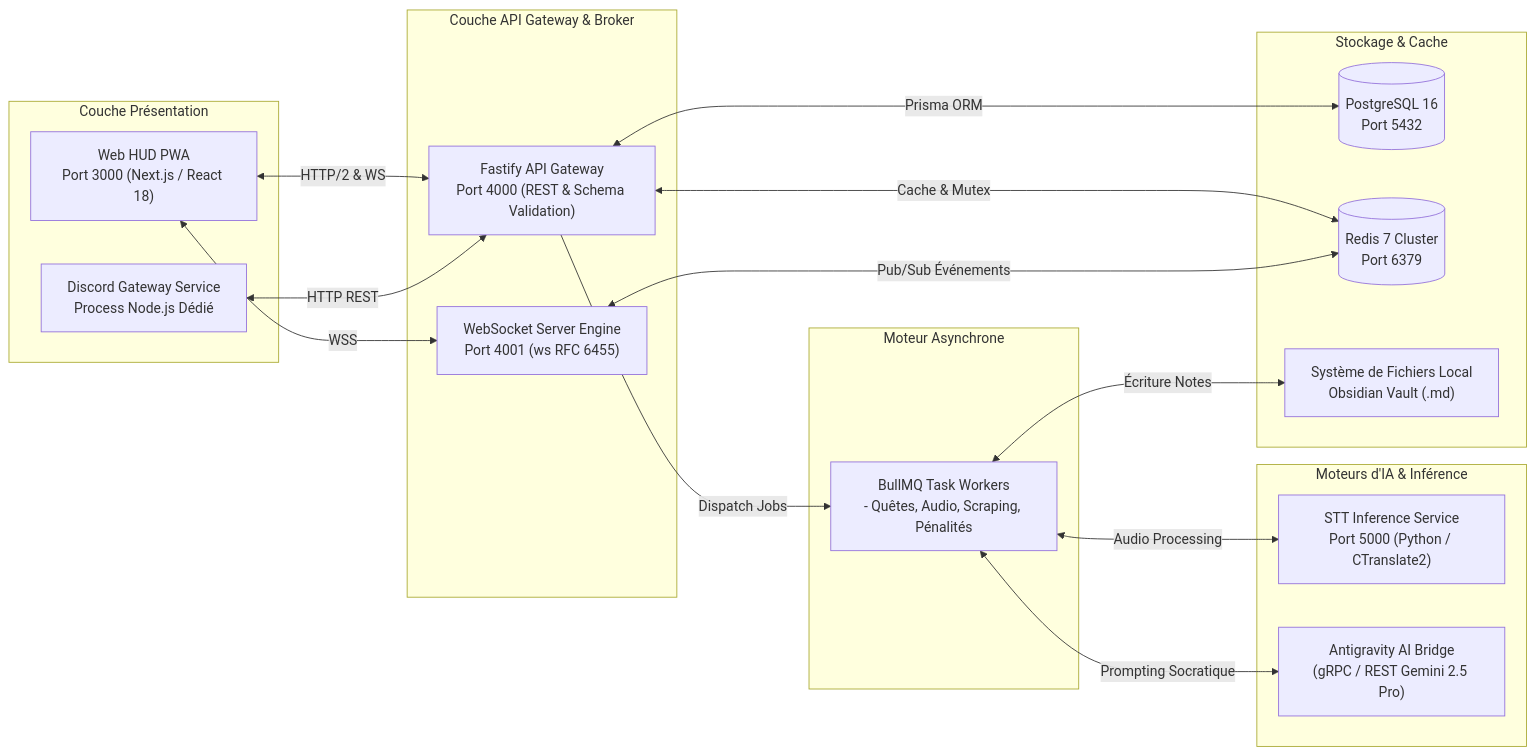
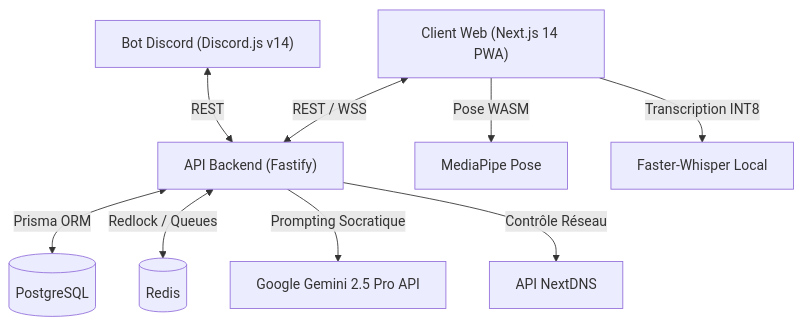
One commit to GeovanioH/LevelUp changed the diagram in docs/02-TRD.md. Above: the diagram before and after it, drawn with Mermaid. The commit also changed other lines of this file and 12 other files, not shown here.

````diff
--- a/docs/02-TRD.md
+++ b/docs/02-TRD.md
@@ -56,38 +13,11 @@
 ```mermaid
-flowchart LR
-    subgraph FrontendBoundary ["Couche Présentation"]
-        HUD["Web HUD PWA<br>Port 3000 (Next.js / React 18)"]
-        Bot["Discord Gateway Service<br>Process Node.js Dédié"]
-    end
-
-    subgraph GatewayBoundary ["Couche API Gateway & Broker"]
-        API["Fastify API Gateway<br>Port 4000 (REST & Schema Validation)"]
-        WS["WebSocket Server Engine<br>Port 4001 (ws RFC 6455)"]
-    end
-
-    subgraph QueueBoundary ["Moteur Asynchrone"]
-        BullMQWorker["BullMQ Task Workers<br>- Quêtes, Audio, Scraping, Pénalités"]
-    end
-
-    subgraph IntelligenceBoundary ["Moteurs d'IA & Inférence"]
-        WhisperSvc["STT Inference Service<br>Port 5000 (Python / CTranslate2)"]
-        ArchitectAdapter["Antigravity AI Bridge<br>(gRPC / REST Gemini 2.5 Pro)"]
-    end
-
-    subgraph PersistenceBoundary ["Stockage & Cache"]
-        PG[(PostgreSQL 16<br>Port 5432)]
-        RedisCache[(Redis 7 Cluster<br>Port 6379)]
-        VaultDisk["Système de Fichiers Local<br>Obsidian Vault (.md)"]
-    end
-
-    HUD <-->|HTTP/2 & WS| API
-    HUD <-->|WSS| WS
-    Bot <-->|HTTP REST| API
-    API <-->|Prisma ORM| PG
-    API <-->|Cache & Mutex| RedisCache
-    API -->|Dispatch Jobs| BullMQWorker
-    BullMQWorker <-->|Audio Processing| WhisperSvc
-    BullMQWorker <-->|Prompting Socratique| ArchitectAdapter
-    BullMQWorker <-->|Écriture Notes| VaultDisk
-    WS <-->|Pub/Sub Événements| RedisCache
+flowchart TD
+    Client["Client Web (Next.js 14 PWA)"] <-->|REST / WSS| API["API Backend (Fastify)"]
+    DiscordBot["Bot Discord (Discord.js v14)"] <-->|REST| API
+    API <-->|Prisma ORM| DB[(PostgreSQL)]
+    API <-->|Redlock / Queues| Redis[(Redis)]
+    API -->|Prompting Socratique| Gemini["Google Gemini 2.5 Pro API"]
+    API -->|Contrôle Réseau| NextDNS["API NextDNS"]
+    Client -->|Pose WASM| MediaPipe["MediaPipe Pose"]
+    Client -->|Transcription INT8| Whisper["Faster-Whisper Local"]
 ```
````
